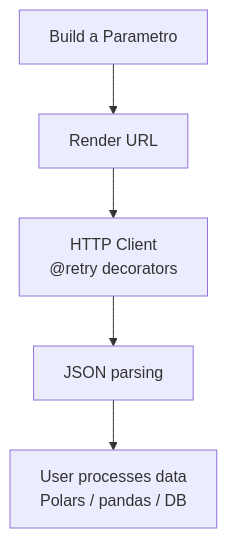
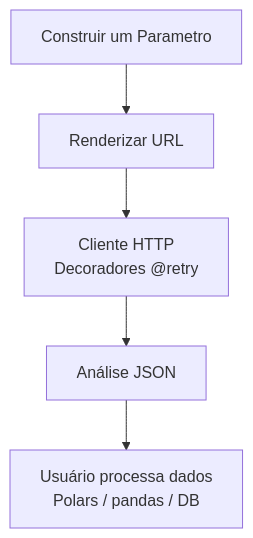
Before and after one commit to Quantilica/docs: the diagram in docs/ibge/sidra-fetcher.md, drawn with Mermaid. The commit also changed other lines of this file and 31 other files, not shown here.

````diff
--- a/docs/ibge/sidra-fetcher.md
+++ b/docs/ibge/sidra-fetcher.md
@@ -199,7 +199,7 @@
 ```mermaid
 graph TD
-    A[Build a Parametro] --> B[Render URL]
-    B --> C[HTTP Client <br/> @retry decorators]
-    C --> D[JSON parsing]
-    D --> E[User processes data <br/> Polars / pandas / DB]
+    A[Construir um Parametro] --> B[Renderizar URL]
+    B --> C[Cliente HTTP <br/> Decoradores @retry]
+    C --> D[Análise JSON]
+    D --> E[Usuário processa dados <br/> Polars / pandas / DB]
 ```
````
